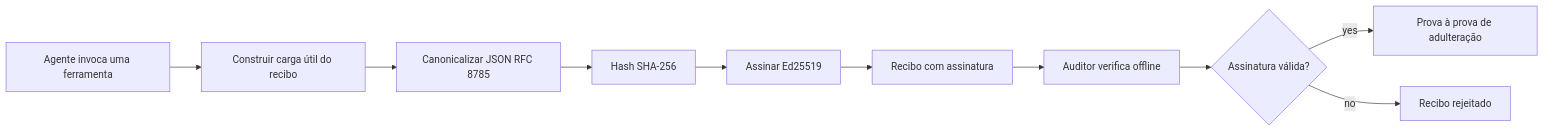
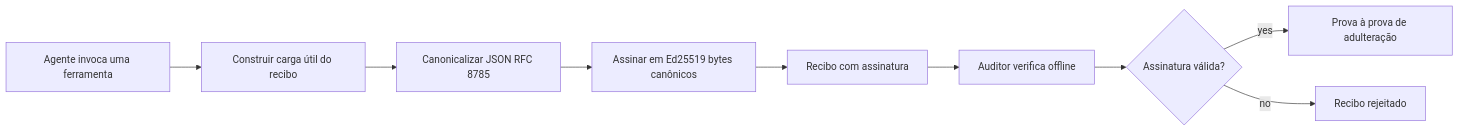
Before and after one commit to gabrielmoreira/agent-skills-mirror: the first of 2 diagrams in mirrors/repos/microsoft@ai-agents-for-beginners/translations/pt-BR/18-securing-ai-agents/README.md, drawn with Mermaid. The commit also changed other lines of this file and 4262 other files, not shown here.

````diff
--- a/mirrors/repos/microsoft@ai-agents-for-beginners/translations/pt-BR/18-securing-ai-agents/README.md
+++ b/mirrors/repos/microsoft@ai-agents-for-beginners/translations/pt-BR/18-securing-ai-agents/README.md
@@ -51,12 +51,11 @@
 ```mermaid
 flowchart LR
     A[Agente invoca uma ferramenta] --> B[Construir carga útil do recibo]
     B --> C[Canonicalizar JSON RFC 8785]
-    C --> D[Hash SHA-256]
-    D --> E[Assinar Ed25519]
+    C --> E[Assinar em Ed25519 bytes canônicos]
     E --> F[Recibo com assinatura]
     F --> G[Auditor verifica offline]
     G --> H{Assinatura válida?}
     H -- yes --> I[Prova à prova de adulteração]
     H -- no --> J[Recibo rejeitado]
 ```
````
